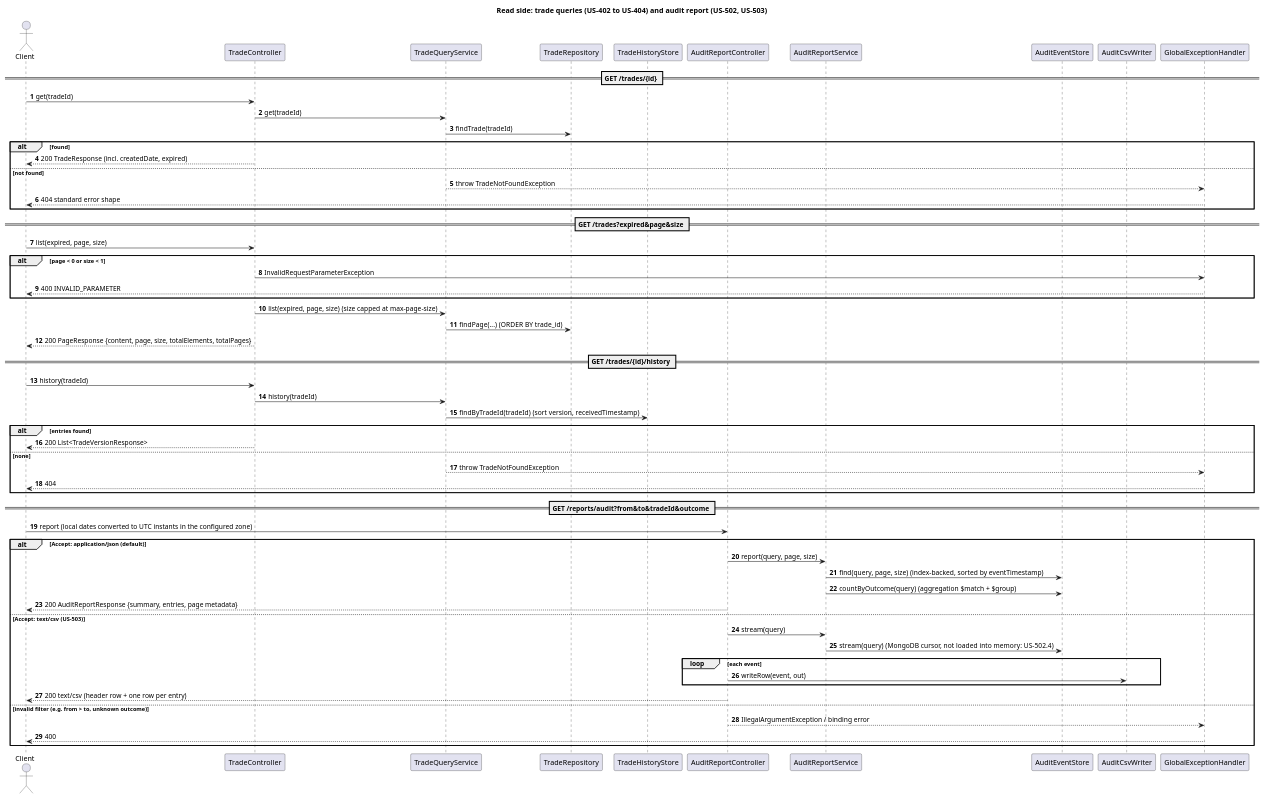
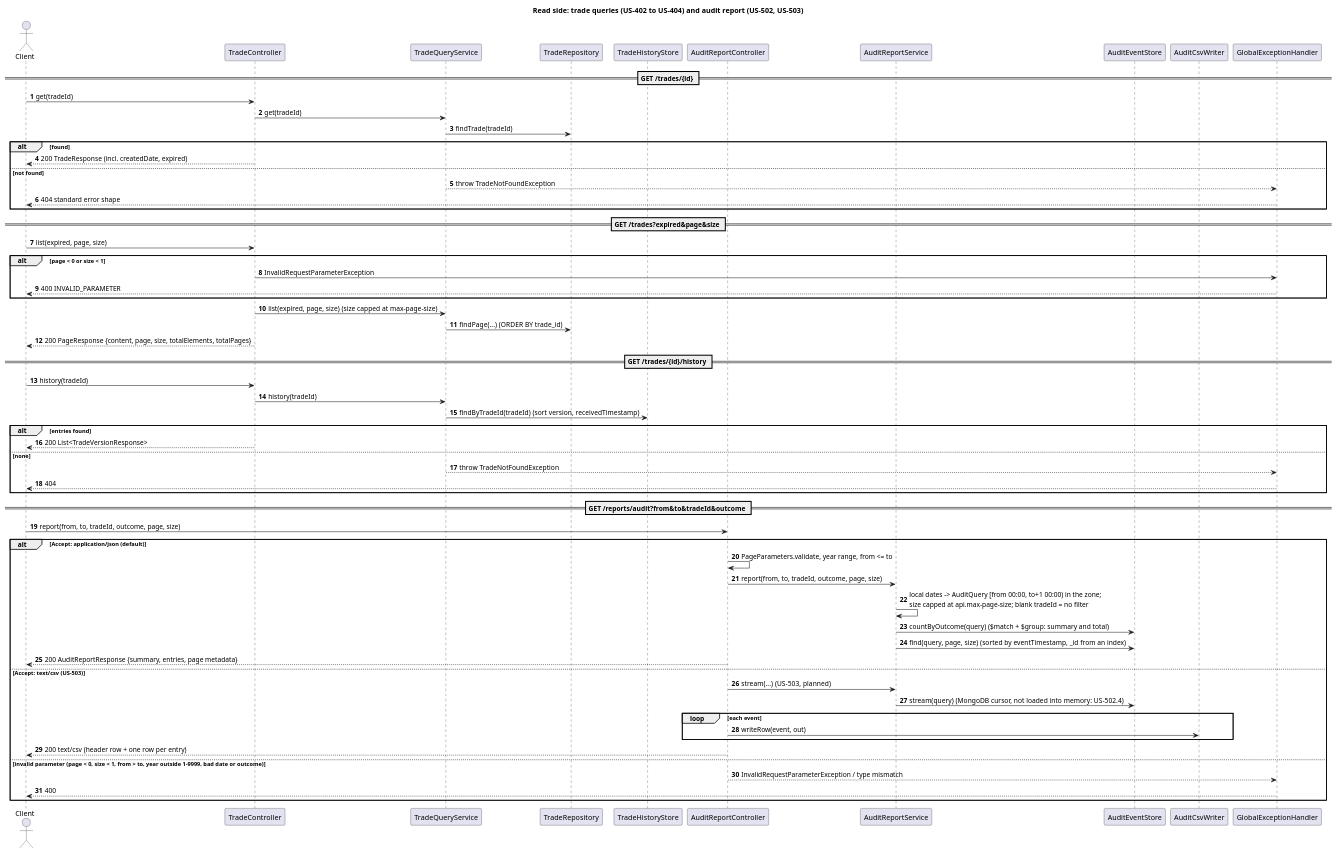
One commit to kuldipkumar/Trade-store changed the diagram in docs/diagrams/05-seq-queries-and-report.puml. Above: the diagram before and after it, drawn with PlantUML. The commit also changed 7 other files, not shown here.

First line of the commit message:
docs: US-502 diagrams match the code; read-side latency and count/find race documented; PROMPTS; traceability

```diff
--- a/docs/diagrams/05-seq-queries-and-report.puml
+++ b/docs/diagrams/05-seq-queries-and-report.puml
@@ -1,67 +1,69 @@
 @startuml 05-seq-queries-and-report
 title Read side: trade queries (US-402 to US-404) and audit report (US-502, US-503)
 
 autonumber
 actor Client
 participant TradeController
 participant TradeQueryService
 participant TradeRepository
 participant TradeHistoryStore
 participant AuditReportController
 participant AuditReportService
 participant AuditEventStore
 participant AuditCsvWriter
 participant GlobalExceptionHandler
 
 == GET /trades/{id} ==
 Client -> TradeController : get(tradeId)
 TradeController -> TradeQueryService : get(tradeId)
 TradeQueryService -> TradeRepository : findTrade(tradeId)
 alt found
   TradeController --> Client : 200 TradeResponse (incl. createdDate, expired)
 else not found
   TradeQueryService --> GlobalExceptionHandler : throw TradeNotFoundException
   GlobalExceptionHandler --> Client : 404 standard error shape
 end
 
 == GET /trades?expired&page&size ==
 Client -> TradeController : list(expired, page, size)
 alt page < 0 or size < 1
   TradeController -> GlobalExceptionHandler : InvalidRequestParameterException
   GlobalExceptionHandler --> Client : 400 INVALID_PARAMETER
 end
 TradeController -> TradeQueryService : list(expired, page, size)  (size capped at max-page-size)
 TradeQueryService -> TradeRepository : findPage(...)  (ORDER BY trade_id)
 TradeController --> Client : 200 PageResponse {content, page, size, totalElements, totalPages}
 
 == GET /trades/{id}/history ==
 Client -> TradeController : history(tradeId)
 TradeController -> TradeQueryService : history(tradeId)
 TradeQueryService -> TradeHistoryStore : findByTradeId(tradeId)  (sort version, receivedTimestamp)
 alt entries found
   TradeController --> Client : 200 List<TradeVersionResponse>
 else none
   TradeQueryService --> GlobalExceptionHandler : throw TradeNotFoundException
   GlobalExceptionHandler --> Client : 404
 end
 
 == GET /reports/audit?from&to&tradeId&outcome ==
-Client -> AuditReportController : report (local dates converted to UTC instants in the configured zone)
+Client -> AuditReportController : report(from, to, tradeId, outcome, page, size)
 alt Accept: application/json (default)
-  AuditReportController -> AuditReportService : report(query, page, size)
-  AuditReportService -> AuditEventStore : find(query, page, size)  (index-backed, sorted by eventTimestamp)
-  AuditReportService -> AuditEventStore : countByOutcome(query)  (aggregation $match + $group)
+  AuditReportController -> AuditReportController : PageParameters.validate, year range, from <= to
+  AuditReportController -> AuditReportService : report(from, to, tradeId, outcome, page, size)
+  AuditReportService -> AuditReportService : local dates -> AuditQuery [from 00:00, to+1 00:00) in the zone;\nsize capped at api.max-page-size; blank tradeId = no filter
+  AuditReportService -> AuditEventStore : countByOutcome(query)  ($match + $group: summary and total)
+  AuditReportService -> AuditEventStore : find(query, page, size)  (sorted by eventTimestamp, _id from an index)
   AuditReportController --> Client : 200 AuditReportResponse {summary, entries, page metadata}
 else Accept: text/csv (US-503)
-  AuditReportController -> AuditReportService : stream(query)
+  AuditReportController -> AuditReportService : stream(...)  (US-503, planned)
   AuditReportService -> AuditEventStore : stream(query)  (MongoDB cursor, not loaded into memory: US-502.4)
   loop each event
     AuditReportController -> AuditCsvWriter : writeRow(event, out)
   end
   AuditReportController --> Client : 200 text/csv (header row + one row per entry)
-else invalid filter (e.g. from > to, unknown outcome)
-  AuditReportController --> GlobalExceptionHandler : IllegalArgumentException / binding error
+else invalid parameter (page < 0, size < 1, from > to, year outside 1-9999, bad date or outcome)
+  AuditReportController --> GlobalExceptionHandler : InvalidRequestParameterException / type mismatch
   GlobalExceptionHandler --> Client : 400
 end
 
 @enduml
```
